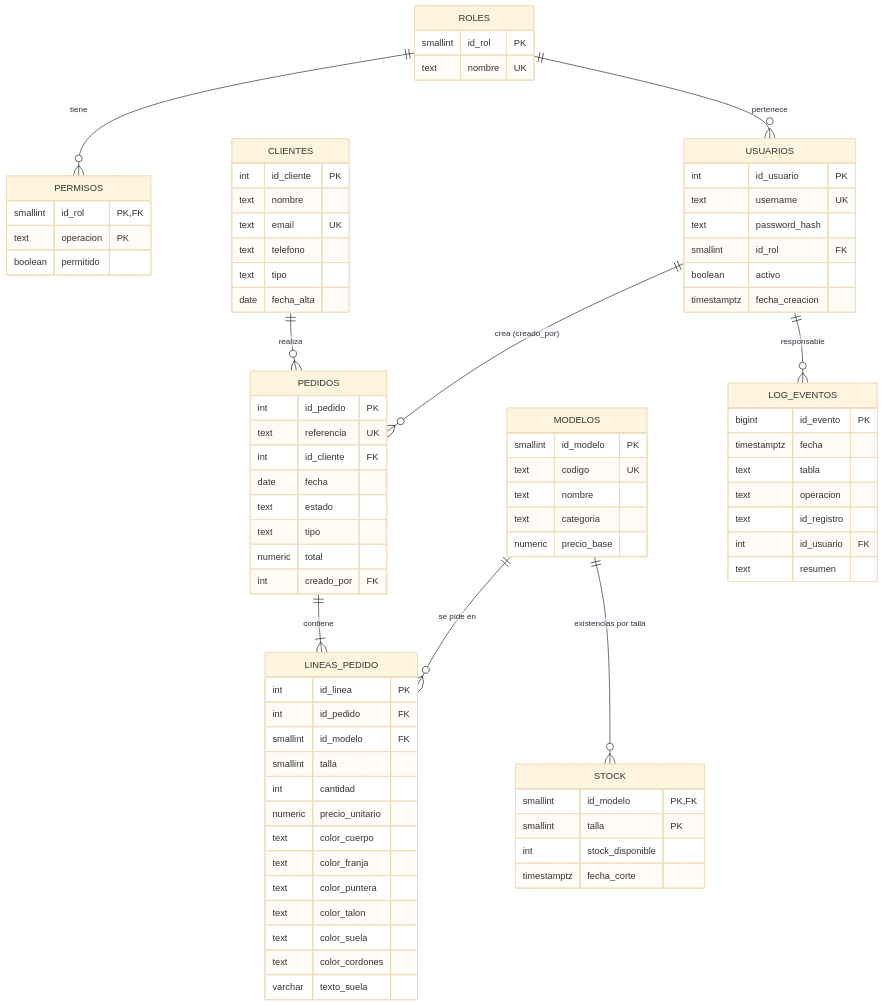
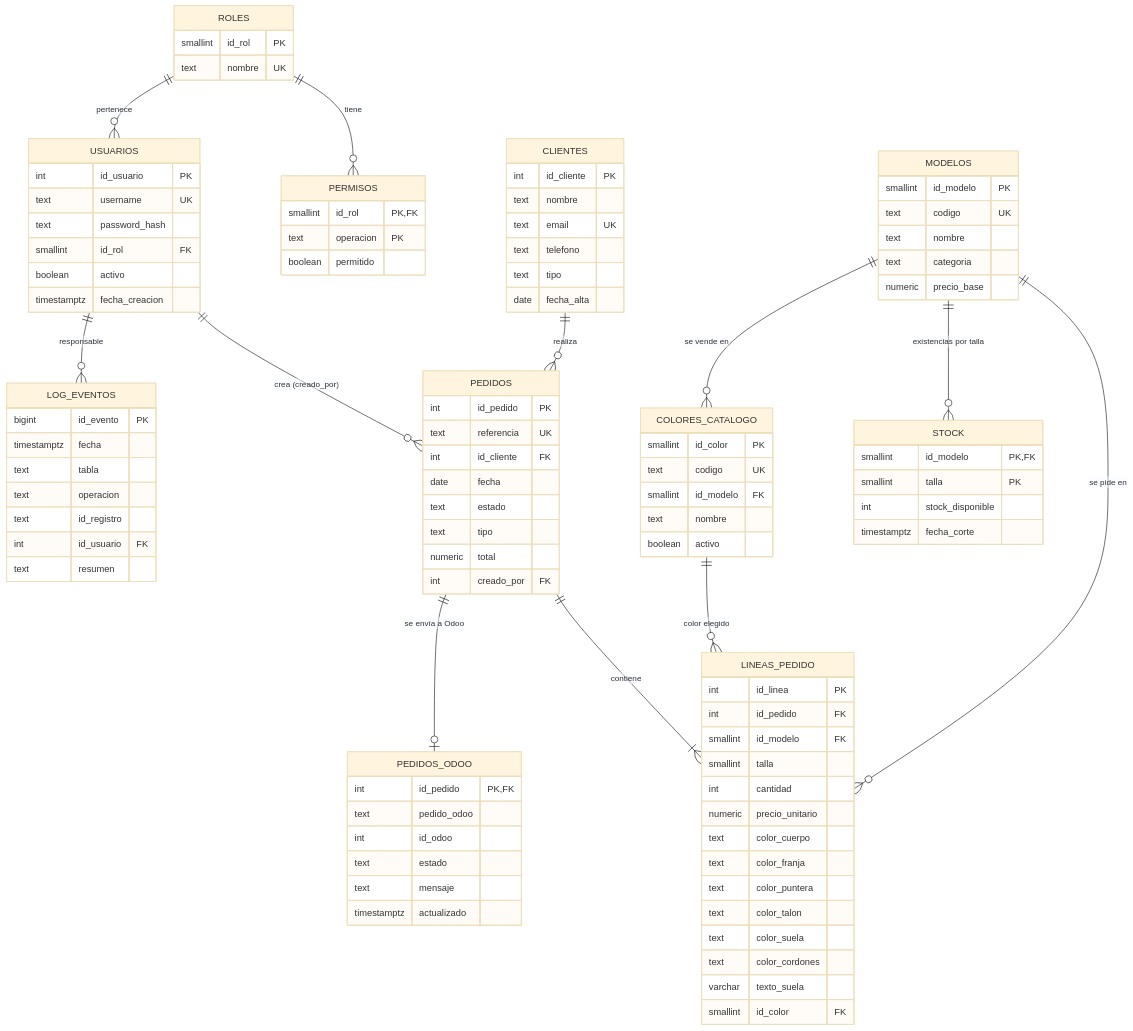
The diagram in base-de-datos/base-de-datos/docs/01_diseno_ER.md (byserch1154/PROYECTO-SERGIO-NACHO), drawn with Mermaid (base theme) before and after one commit. The commit also changed other lines of this file and 100 other files, not shown here.

````diff
--- a/base-de-datos/base-de-datos/docs/01_diseno_ER.md
+++ b/base-de-datos/base-de-datos/docs/01_diseno_ER.md
@@ -6,21 +5,26 @@
 ```mermaid
 erDiagram
     ROLES        ||--o{ PERMISOS     : "tiene"
     ROLES        ||--o{ USUARIOS     : "pertenece"
     CLIENTES     ||--o{ PEDIDOS      : "realiza"
     USUARIOS     ||--o{ PEDIDOS      : "crea (creado_por)"
     PEDIDOS      ||--|{ LINEAS_PEDIDO: "contiene"
     MODELOS      ||--o{ LINEAS_PEDIDO: "se pide en"
     MODELOS      ||--o{ STOCK        : "existencias por talla"
     USUARIOS     ||--o{ LOG_EVENTOS  : "responsable"
+    MODELOS      ||--o{ COLORES_CATALOGO : "se vende en"
+    COLORES_CATALOGO ||--o{ LINEAS_PEDIDO : "color elegido"
+    PEDIDOS      ||--o| PEDIDOS_ODOO : "se envía a Odoo"
 
     ROLES { smallint id_rol PK  text nombre UK }
     PERMISOS { smallint id_rol PK,FK  text operacion PK  boolean permitido }
     USUARIOS { int id_usuario PK  text username UK  text password_hash  smallint id_rol FK  boolean activo  timestamptz fecha_creacion }
     CLIENTES { int id_cliente PK  text nombre  text email UK  text telefono  text tipo  date fecha_alta }
     MODELOS  { smallint id_modelo PK  text codigo UK  text nombre  text categoria  numeric precio_base }
     PEDIDOS  { int id_pedido PK  text referencia UK  int id_cliente FK  date fecha  text estado  text tipo  numeric total  int creado_por FK }
-    LINEAS_PEDIDO { int id_linea PK  int id_pedido FK  smallint id_modelo FK  smallint talla  int cantidad  numeric precio_unitario  text color_cuerpo  text color_franja  text color_puntera  text color_talon  text color_suela  text color_cordones  varchar texto_suela }
+    LINEAS_PEDIDO { int id_linea PK  int id_pedido FK  smallint id_modelo FK  smallint talla  int cantidad  numeric precio_unitario  text color_cuerpo  text color_franja  text color_puntera  text color_talon  text color_suela  text color_cordones  varchar texto_suela  smallint id_color FK }
     STOCK    { smallint id_modelo PK,FK  smallint talla PK  int stock_disponible  timestamptz fecha_corte }
     LOG_EVENTOS { bigint id_evento PK  timestamptz fecha  text tabla  text operacion  text id_registro  int id_usuario FK  text resumen }
+    COLORES_CATALOGO { smallint id_color PK  text codigo UK  smallint id_modelo FK  text nombre  boolean activo }
+    PEDIDOS_ODOO { int id_pedido PK,FK  text pedido_odoo  int id_odoo  text estado  text mensaje  timestamptz actualizado }
 ```
````
